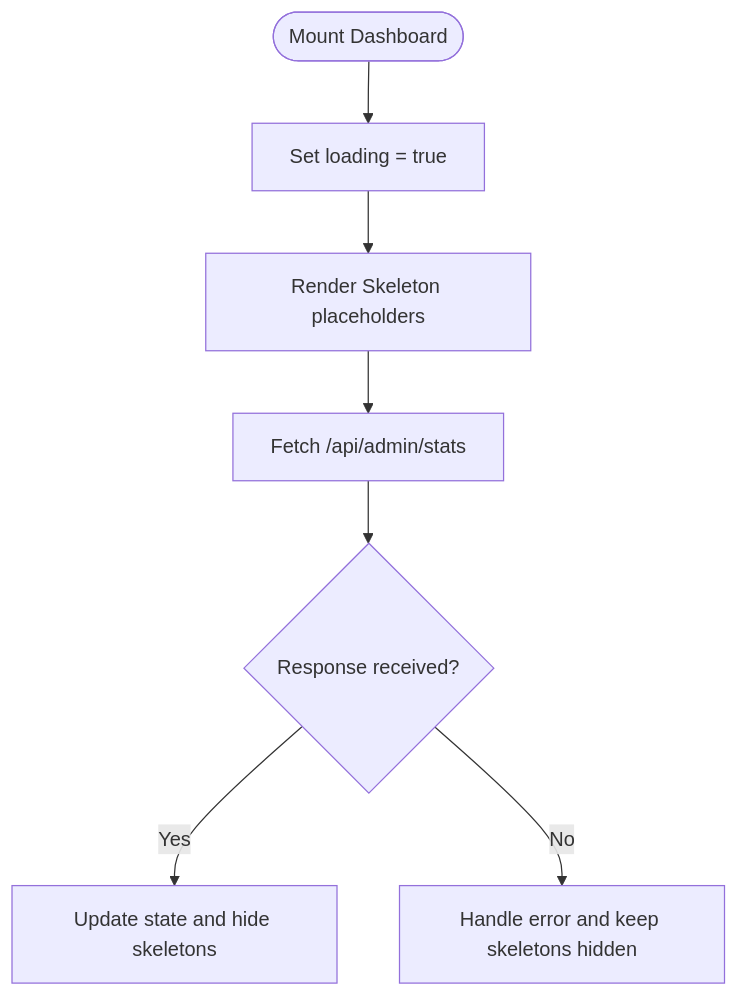
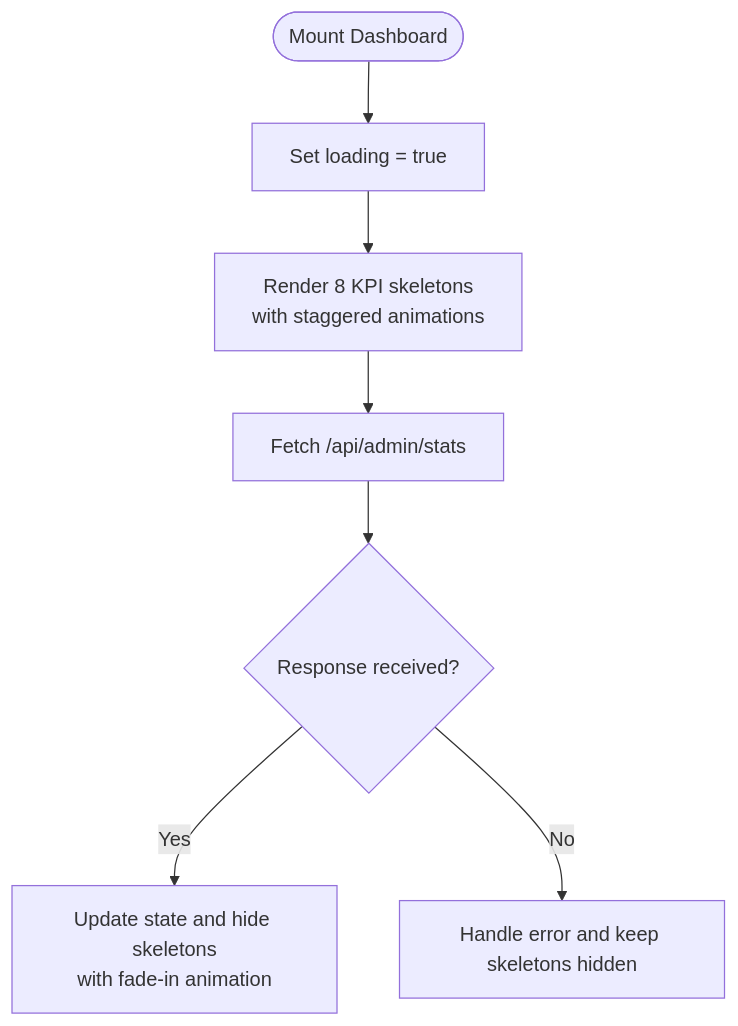
Before and after one commit to ObeyMuchechesi/TicketFlow: the eighth of 11 diagrams in .qoder/repowiki/en/content/Admin Dashboard/Dashboard Overview.md, drawn with Mermaid. The commit also changed other lines of this file and 12 other files, not shown here.

First line of the commit message:
docs: EcoCash schema columns and project documentation refresh

````diff
--- a/.qoder/repowiki/en/content/Admin Dashboard/Dashboard Overview.md
+++ b/.qoder/repowiki/en/content/Admin Dashboard/Dashboard Overview.md
@@ -246,9 +293,9 @@
 ```mermaid
 flowchart TD
 Mount(["Mount Dashboard"]) --> Loading["Set loading = true"]
-Loading --> RenderSkeleton["Render Skeleton placeholders"]
+Loading --> RenderSkeleton["Render 8 KPI skeletons<br/>with staggered animations"]
 RenderSkeleton --> Fetch["Fetch /api/admin/stats"]
 Fetch --> Done{"Response received?"}
-Done --> |Yes| Update["Update state and hide skeletons"]
+Done --> |Yes| Update["Update state and hide skeletons<br/>with fade-in animation"]
 Done --> |No| ErrorPath["Handle error and keep skeletons hidden"]
 ```
````
